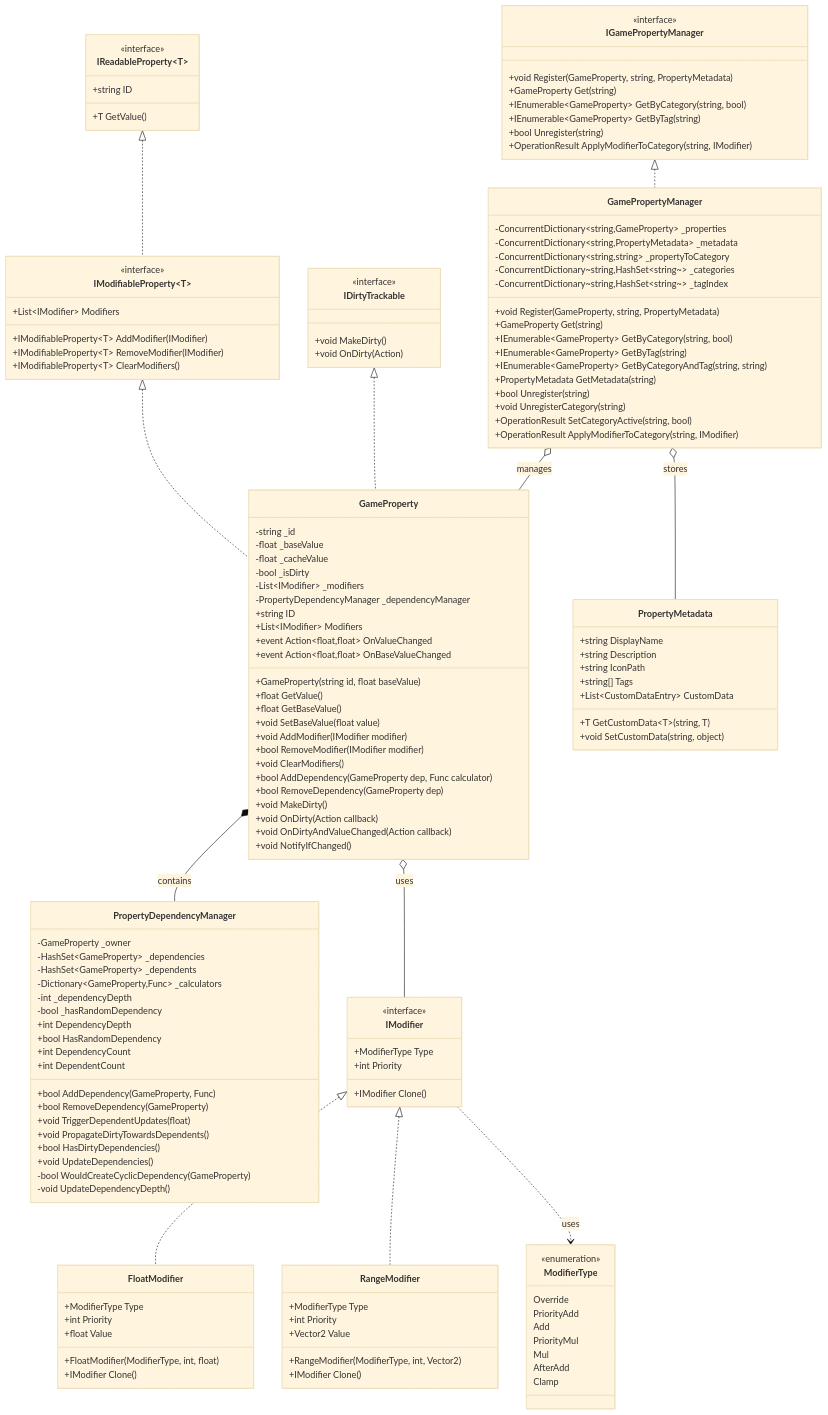
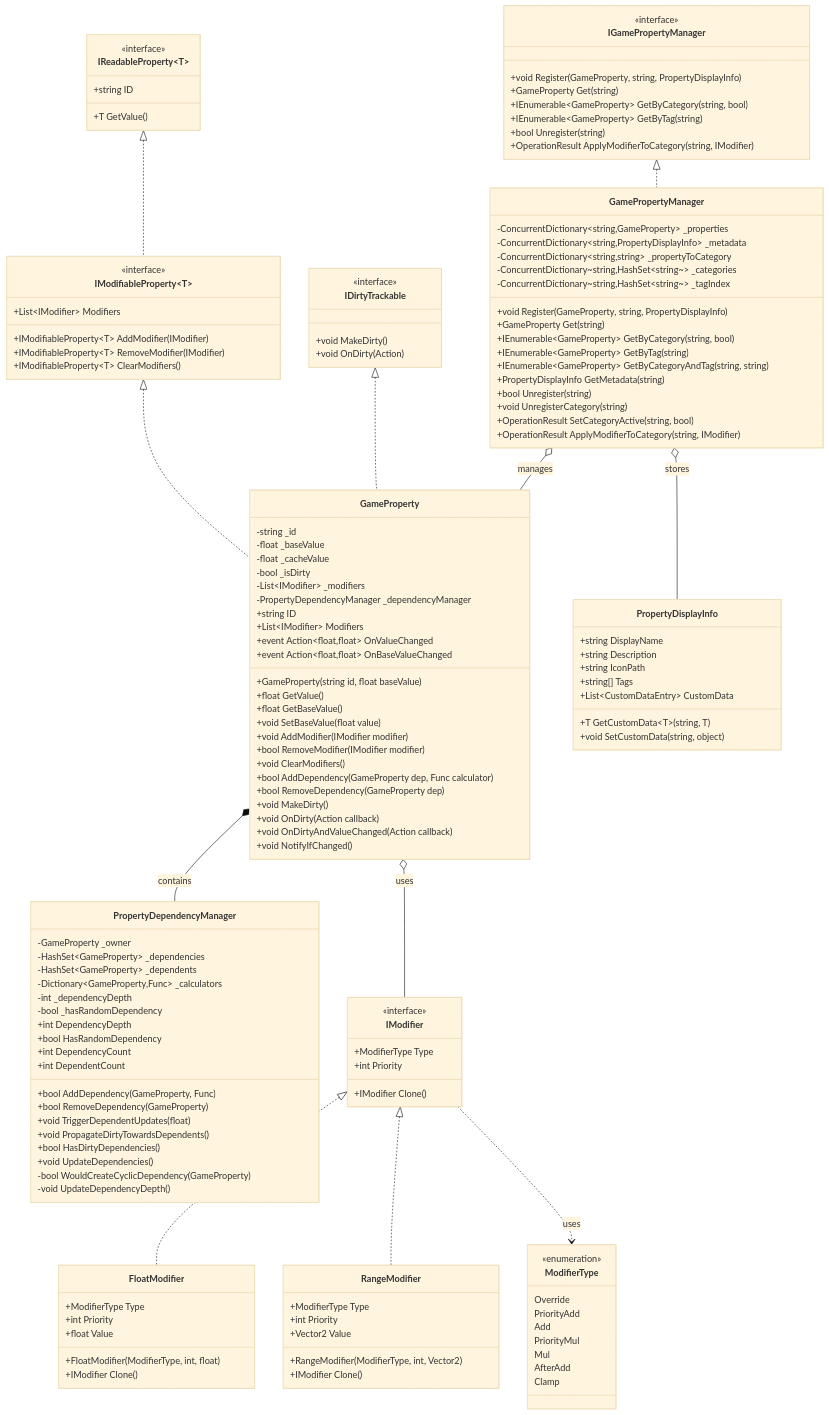
The first of 6 diagrams in Modules/GameProperty/Document/Diagrams.md (CutrelyAlex/UnityEasyPack), drawn with Mermaid (base theme) before and after one commit. The commit also changed other lines of this file and 14 other files, not shown here.

Commit message:
feat: 更改PropertyMetadata为PropertyDisplayInfo

````diff
--- a/Modules/GameProperty/Document/Diagrams.md
+++ b/Modules/GameProperty/Document/Diagrams.md
@@ -127,7 +127,7 @@
     
     class IGamePropertyManager {
         <<interface>>
-        +void Register(GameProperty, string, PropertyMetadata)
+        +void Register(GameProperty, string, PropertyDisplayInfo)
         +GameProperty Get(string)
         +IEnumerable~GameProperty~ GetByCategory(string, bool)
         +IEnumerable~GameProperty~ GetByTag(string)
@@ -137,23 +137,23 @@
     
     class GamePropertyManager {
         -ConcurrentDictionary~string,GameProperty~ _properties
-        -ConcurrentDictionary~string,PropertyMetadata~ _metadata
+        -ConcurrentDictionary~string,PropertyDisplayInfo~ _metadata
         -ConcurrentDictionary~string,string~ _propertyToCategory
         -ConcurrentDictionary~string,HashSet~string~~ _categories
         -ConcurrentDictionary~string,HashSet~string~~ _tagIndex
-        +void Register(GameProperty, string, PropertyMetadata)
+        +void Register(GameProperty, string, PropertyDisplayInfo)
         +GameProperty Get(string)
         +IEnumerable~GameProperty~ GetByCategory(string, bool)
         +IEnumerable~GameProperty~ GetByTag(string)
         +IEnumerable~GameProperty~ GetByCategoryAndTag(string, string)
-        +PropertyMetadata GetMetadata(string)
+        +PropertyDisplayInfo GetMetadata(string)
         +bool Unregister(string)
         +void UnregisterCategory(string)
         +OperationResult SetCategoryActive(string, bool)
         +OperationResult ApplyModifierToCategory(string, IModifier)
     }
     
-    class PropertyMetadata {
+    class PropertyDisplayInfo {
         +string DisplayName
         +string Description
         +string IconPath
@@ -173,5 +173,5 @@
     IModifier ..> ModifierType : uses
     IGamePropertyManager <|.. GamePropertyManager
     GamePropertyManager o-- GameProperty : manages
-    GamePropertyManager o-- PropertyMetadata : stores
+    GamePropertyManager o-- PropertyDisplayInfo : stores
 ```
````
